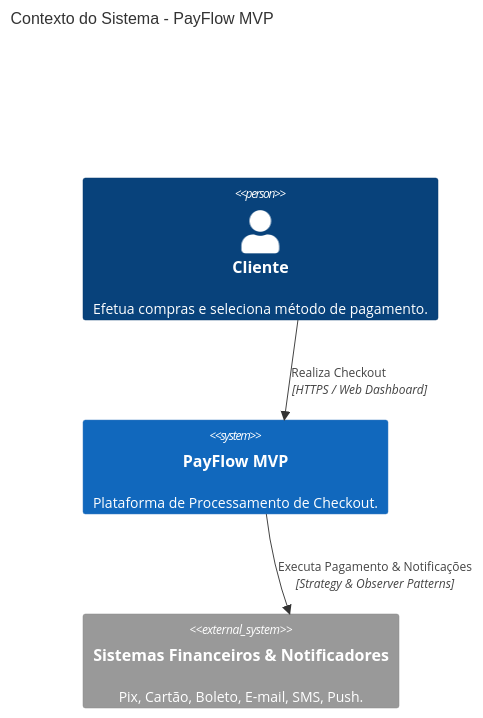
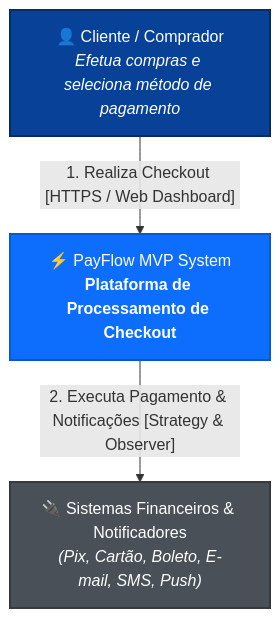
One commit to Josuejs1/mvp-arquitetura-software changed the first of 2 diagrams in docs/DEFESA.md. Above: the diagram before and after it, drawn with Mermaid. The commit also changed other lines of this file and 2 other files, not shown here.

Commit message:
docs: converte diagramas para flowchart TD com estilos C4 e rotulagem limpa

````diff
--- a/docs/DEFESA.md
+++ b/docs/DEFESA.md
@@ -45,10 +45,13 @@
 ```mermaid
-C4Context
-    title Contexto do Sistema - PayFlow MVP
-    Person(customer, "Cliente", "Efetua compras e seleciona método de pagamento.")
-    System(payflow, "PayFlow MVP", "Plataforma de Processamento de Checkout.")
-    System_Ext(gateways, "Sistemas Financeiros & Notificadores", "Pix, Cartão, Boleto, E-mail, SMS, Push.")
+flowchart TD
+    classDef person fill:#084298,stroke:#052c65,color:#ffffff,stroke-width:2px;
+    classDef system fill:#0d6efd,stroke:#0a58ca,color:#ffffff,stroke-width:2px;
+    classDef external fill:#495057,stroke:#343a40,color:#ffffff,stroke-width:2px;
 
-    Rel_D(customer, payflow, "Realiza Checkout", "HTTPS / Web Dashboard")
-    Rel_D(payflow, gateways, "Executa Pagamento & Notificações", "Strategy & Observer Patterns")
+    customer["👤 Cliente / Comprador<br/><i>Efetua compras e seleciona método de pagamento</i>"]:::person
+    payflow["⚡ PayFlow MVP System<br/><b>Plataforma de Processamento de Checkout</b>"]:::system
+    gateways["🔌 Sistemas Financeiros & Notificadores<br/><i>(Pix, Cartão, Boleto, E-mail, SMS, Push)</i>"]:::external
+
+    customer -->|"1. Realiza Checkout [HTTPS / Web Dashboard]"| payflow
+    payflow -->|"2. Executa Pagamento & Notificações [Strategy & Observer]"| gateways
 ```
````
